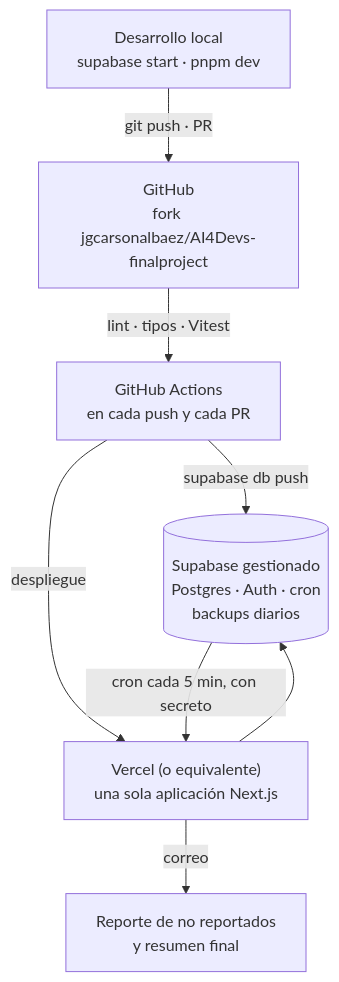
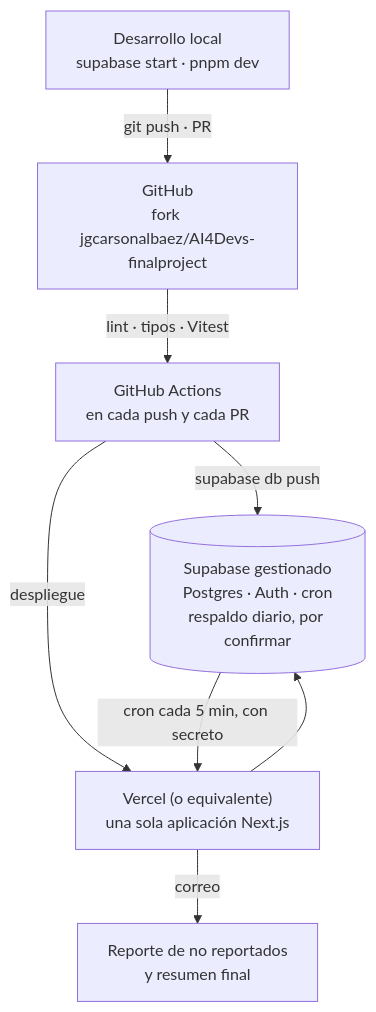
The second of 3 diagrams in readme.md (LIDR-academy-temp/AI4Devs-finalproject), drawn with Mermaid before and after one commit. The commit also changed other lines of this file, not shown here.

````diff
--- a/readme.md
+++ b/readme.md
@@ -228,10 +237,10 @@
 ```mermaid
 flowchart TB
   DEV["Desarrollo local<br/>supabase start · pnpm dev"] -- "git push · PR" --> GH["GitHub<br/>fork jgcarsonalbaez/AI4Devs-finalproject"]
   GH -- "lint · tipos · Vitest" --> CI["GitHub Actions<br/>en cada push y cada PR"]
-  CI -- "supabase db push" --> SB[("Supabase gestionado<br/>Postgres · Auth · cron<br/>backups diarios")]
+  CI -- "supabase db push" --> SB[("Supabase gestionado<br/>Postgres · Auth · cron<br/>respaldo diario, por confirmar")]
   CI -- "despliegue" --> WEB["Vercel (o equivalente)<br/>una sola aplicación Next.js"]
   WEB --> SB
   SB -- "cron cada 5 min, con secreto" --> WEB
   WEB -- "correo" --> MAIL["Reporte de no reportados<br/>y resumen final"]
 ```
````
